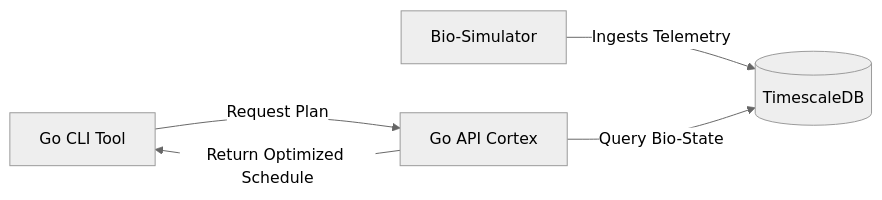
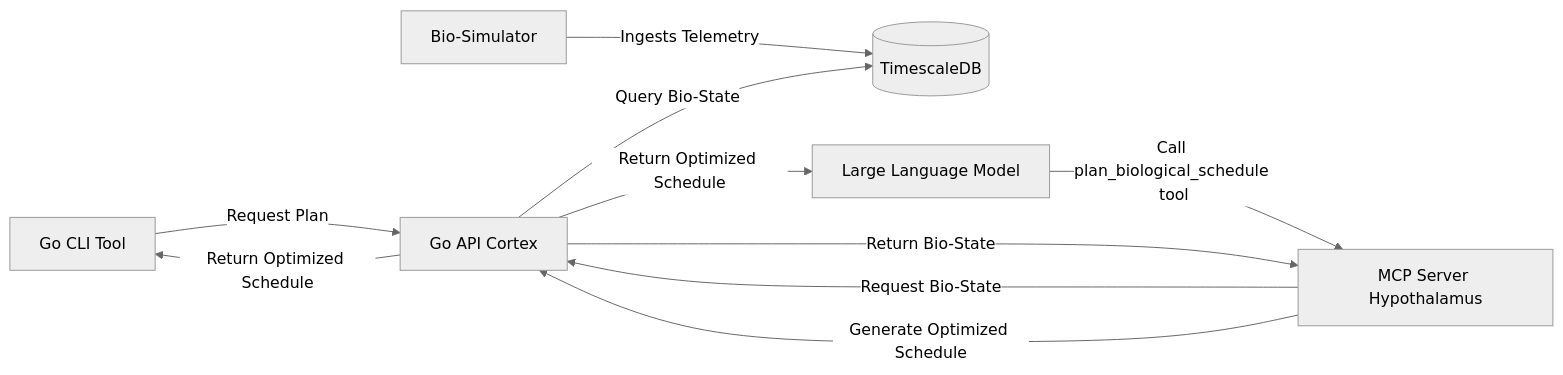
Before and after one commit to sitanshunandan/tardigo: the diagram in README.md, drawn with Mermaid (neutral theme). The commit also changed other lines of this file and 5 other files, not shown here.

Commit message:
docs: Update README with MCP server details and diagram

````diff
--- a/README.md
+++ b/README.md
@@ -17,7 +18,12 @@
 ```mermaid
 graph LR
     Sim[Bio-Simulator] -->|Ingests Telemetry| DB[(TimescaleDB)]
     CLI[Go CLI Tool] -->|Request Plan| API[Go API Cortex]
     API -->|Query Bio-State| DB
     API -->|Return Optimized Schedule| CLI
+    LLM[Large Language Model] -->|Call plan_biological_schedule tool| MCP[MCP Server Hypothalamus]
+    MCP -->|Request Bio-State| API
+    API -->|Return Bio-State| MCP
+    MCP -->|Generate Optimized Schedule| API
+    API -->|Return Optimized Schedule| LLM
 ```
````
